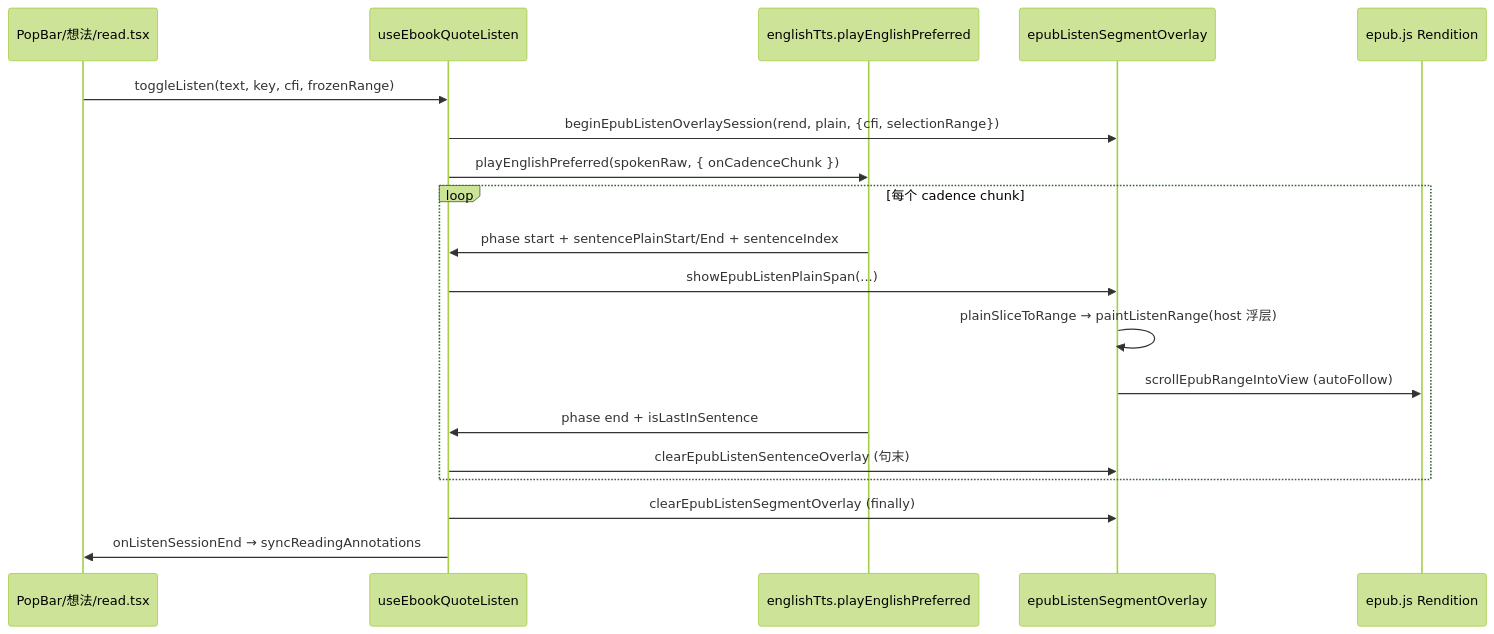
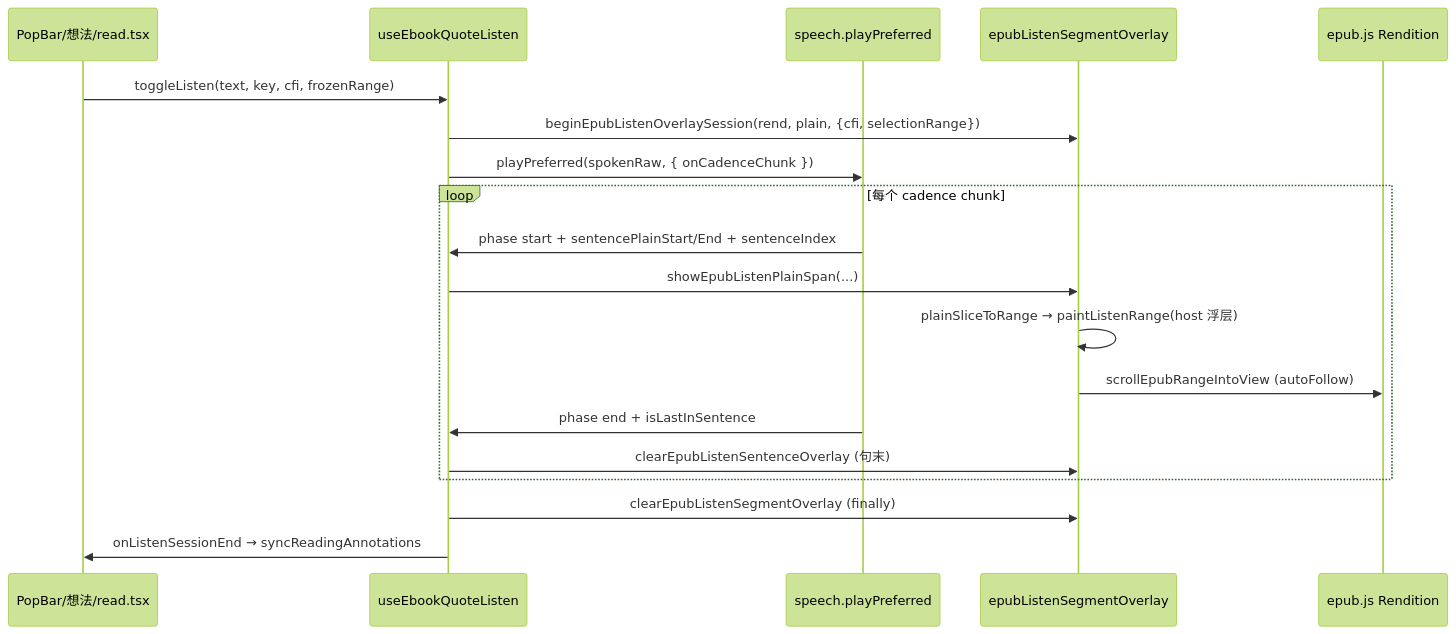
The first of 3 diagrams in apps/frontend/specs/epub-listen-while-read.md (dnhyxc/dnhyxc-ai), drawn with Mermaid (forest theme) before and after one commit. The commit also changed other lines of this file and 111 other files, not shown here.

````diff
--- a/apps/frontend/specs/epub-listen-while-read.md
+++ b/apps/frontend/specs/epub-listen-while-read.md
@@ -82,22 +82,22 @@
 ```mermaid
 sequenceDiagram
   participant UI as PopBar/想法/read.tsx
   participant Hook as useEbookQuoteListen
-  participant TTS as englishTts.playEnglishPreferred
+  participant TTS as speech.playPreferred
   participant Ov as epubListenSegmentOverlay
   participant Rend as epub.js Rendition
 
   UI->>Hook: toggleListen(text, key, cfi, frozenRange)
   Hook->>Ov: beginEpubListenOverlaySession(rend, plain, {cfi, selectionRange})
-  Hook->>TTS: playEnglishPreferred(spokenRaw, { onCadenceChunk })
+  Hook->>TTS: playPreferred(spokenRaw, { onCadenceChunk })
   loop 每个 cadence chunk
     TTS->>Hook: phase start + sentencePlainStart/End + sentenceIndex
     Hook->>Ov: showEpubListenPlainSpan(...)
     Ov->>Ov: plainSliceToRange → paintListenRange(host 浮层)
     Ov->>Rend: scrollEpubRangeIntoView (autoFollow)
     TTS->>Hook: phase end + isLastInSentence
     Hook->>Ov: clearEpubListenSentenceOverlay (句末)
   end
   Hook->>Ov: clearEpubListenSegmentOverlay (finally)
   Hook->>UI: onListenSessionEnd → syncReadingAnnotations
 ```
````
